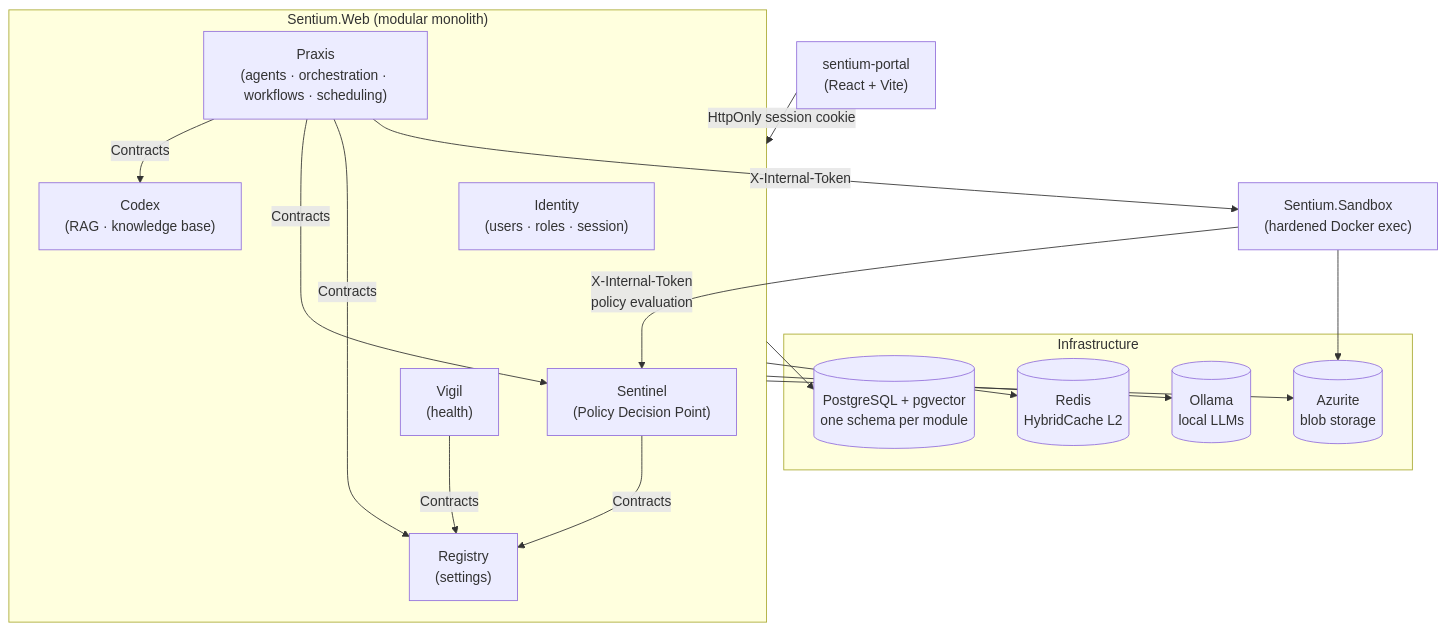
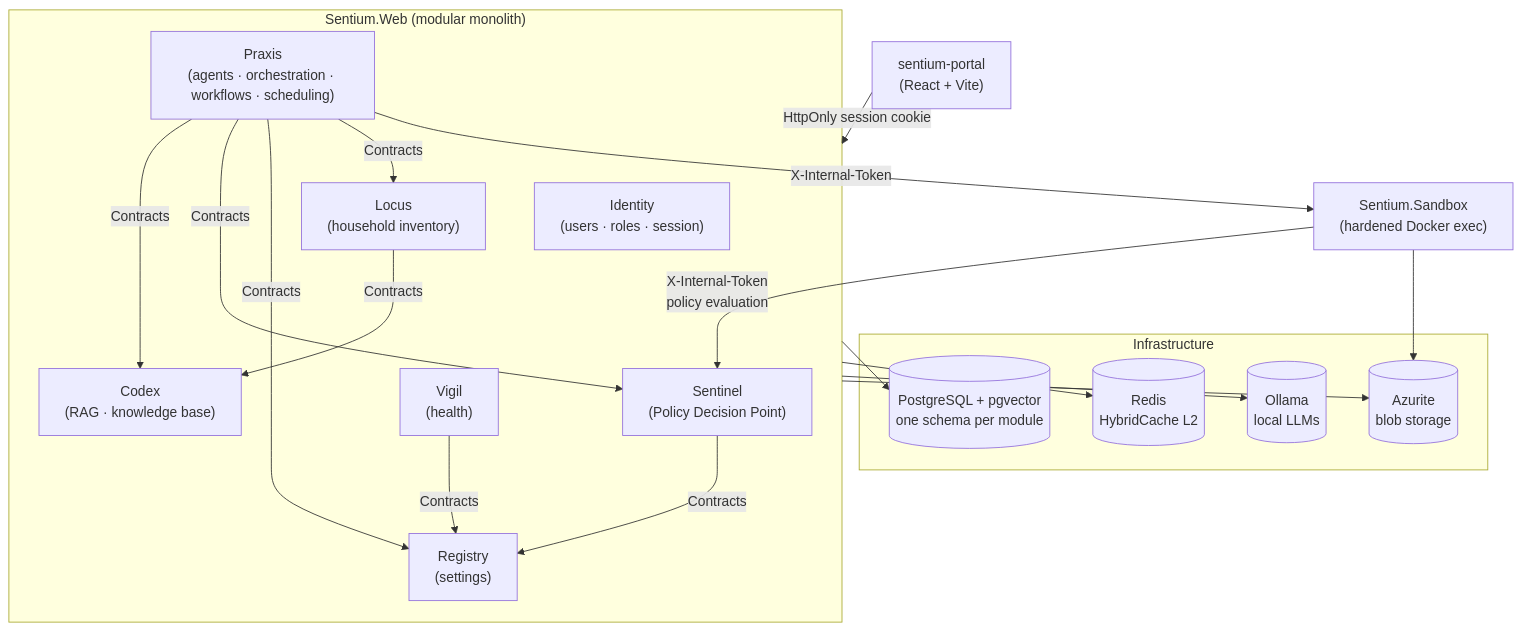
Before and after one commit to mihailshterev/sentium: the diagram in README.md, drawn with Mermaid. The commit also changed other lines of this file and 124 other files, not shown here.

````diff
--- a/README.md
+++ b/README.md
@@ -49,32 +50,34 @@
 ```mermaid
 flowchart TB
     Portal["sentium-portal<br/>(React + Vite)"]
 
     Portal -->|HttpOnly session cookie| Web
 
     subgraph Web["Sentium.Web (modular monolith)"]
         Identity["Identity<br/>(users · roles · session)"]
         Praxis["Praxis<br/>(agents · orchestration · workflows · scheduling)"]
         Codex["Codex<br/>(RAG · knowledge base)"]
+        Locus["Locus<br/>(household inventory)"]
         Sentinel["Sentinel<br/>(Policy Decision Point)"]
         Registry["Registry<br/>(settings)"]
         Vigil["Vigil<br/>(health)"]
     end
 
-    Praxis -->|Contracts| Codex & Sentinel & Registry
+    Praxis -->|Contracts| Codex & Sentinel & Registry & Locus
+    Locus -->|Contracts| Codex
     Sentinel -->|Contracts| Registry
     Vigil -->|Contracts| Registry
 
     Praxis -->|X-Internal-Token| Sandbox["Sentium.Sandbox<br/>(hardened Docker exec)"]
     Sandbox -->|X-Internal-Token<br/>policy evaluation| Sentinel
 
     subgraph Infrastructure
         PG[("PostgreSQL + pgvector<br/>one schema per module")]
         Redis[("Redis<br/>HybridCache L2")]
         Ollama[("Ollama<br/>local LLMs")]
         Blobs[("Azurite<br/>blob storage")]
     end
 
     Web --> PG & Redis & Ollama & Blobs
     Sandbox --> Blobs
 ```
````
